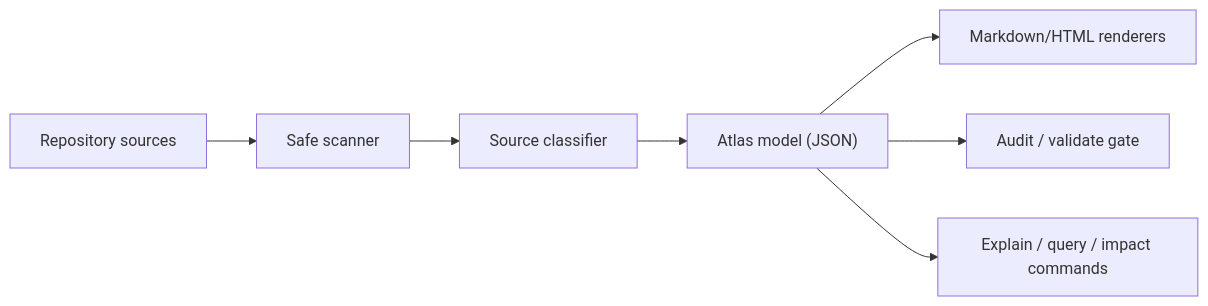
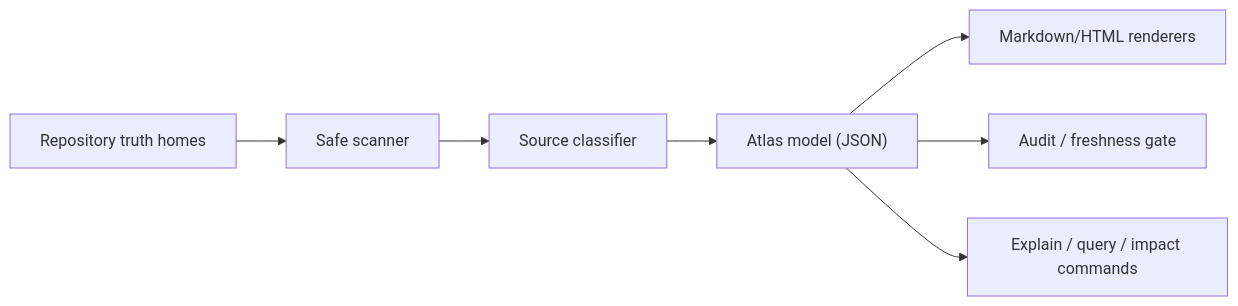
Before and after one commit to SylphxAI/groundatlas: the diagram in docs/specs/operating-model.md, drawn with Mermaid. The commit also changed other lines of this file and 24 other files, not shown here.

````diff
--- a/docs/specs/operating-model.md
+++ b/docs/specs/operating-model.md
@@ -5,9 +5,9 @@
 ```mermaid
 flowchart LR
-  A["Repository sources"] --> B["Safe scanner"]
+  A["Repository truth homes"] --> B["Safe scanner"]
   B --> C["Source classifier"]
   C --> D["Atlas model (JSON)"]
   D --> E["Markdown/HTML renderers"]
-  D --> F["Audit / validate gate"]
+  D --> F["Audit / freshness gate"]
   D --> G["Explain / query / impact commands"]
 ```
````
